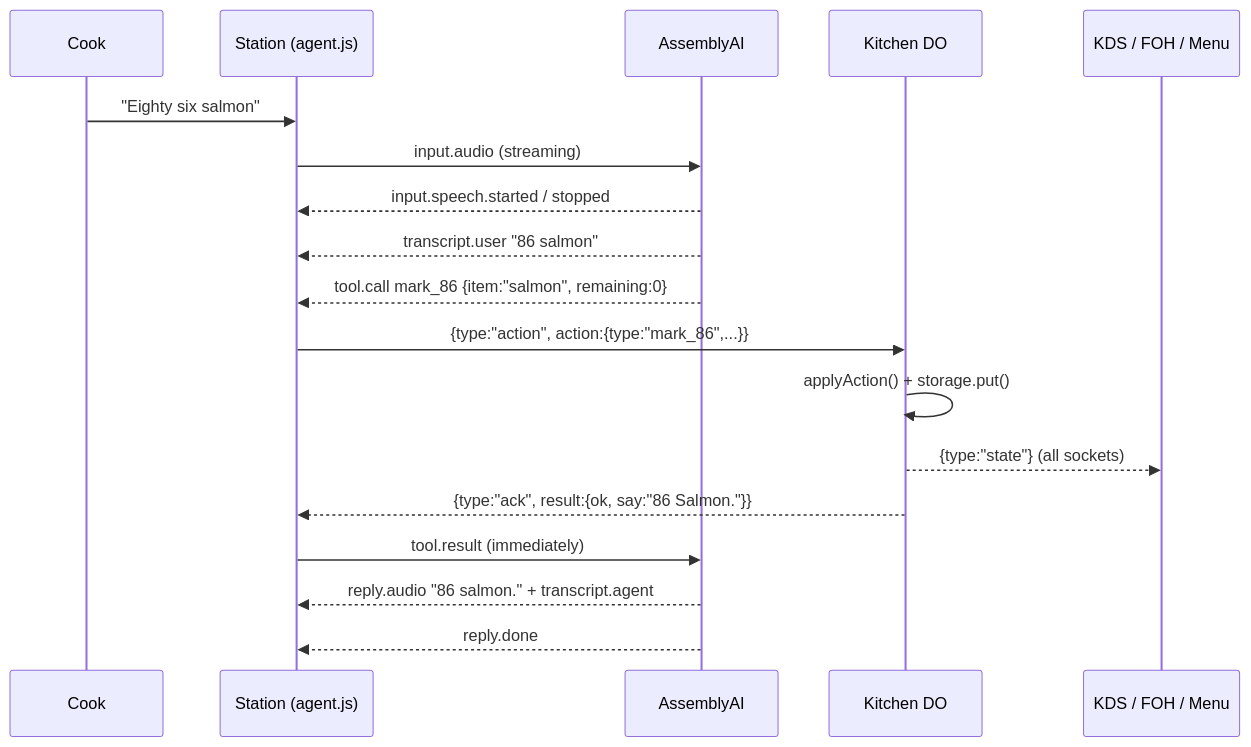
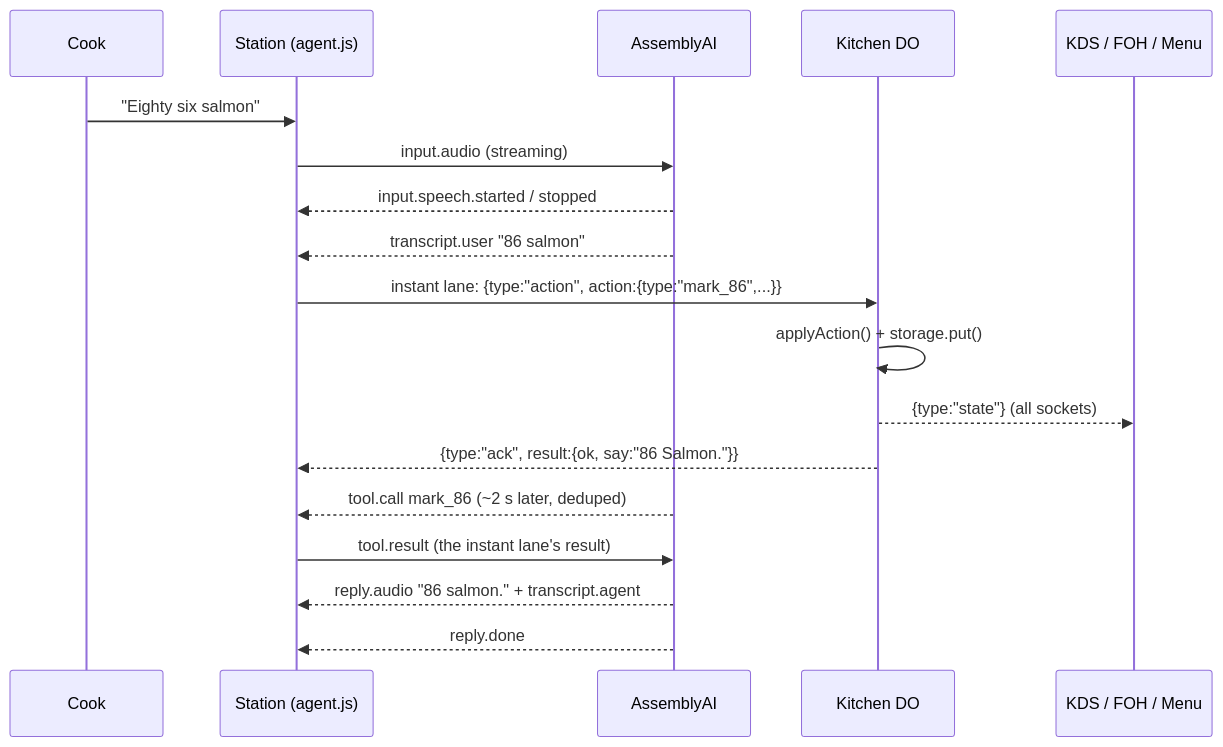
The second of 2 diagrams in docs/ARCHITECTURE.md (Abrar5510/86-it), drawn with Mermaid before and after one commit. The commit also changed other lines of this file and 89 other files, not shown here.

````diff
--- a/docs/ARCHITECTURE.md
+++ b/docs/ARCHITECTURE.md
@@ -32,20 +31,20 @@
 ```mermaid
 sequenceDiagram
   participant Cook
   participant Station as Station (agent.js)
   participant AAI as AssemblyAI
   participant DO as Kitchen DO
   participant Screens as KDS / FOH / Menu
   Cook->>Station: "Eighty six salmon"
   Station->>AAI: input.audio (streaming)
   AAI-->>Station: input.speech.started / stopped
   AAI-->>Station: transcript.user "86 salmon"
-  AAI-->>Station: tool.call mark_86 {item:"salmon", remaining:0}
-  Station->>DO: {type:"action", action:{type:"mark_86",...}}
+  Station->>DO: instant lane: {type:"action", action:{type:"mark_86",...}}
   DO->>DO: applyAction() + storage.put()
   DO-->>Screens: {type:"state"} (all sockets)
   DO-->>Station: {type:"ack", result:{ok, say:"86 Salmon."}}
-  Station->>AAI: tool.result (immediately)
+  AAI-->>Station: tool.call mark_86 (~2 s later, deduped)
+  Station->>AAI: tool.result (the instant lane's result)
   AAI-->>Station: reply.audio "86 salmon." + transcript.agent
   AAI-->>Station: reply.done
 ```
````
